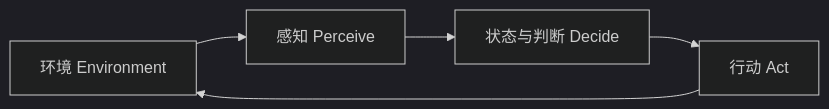
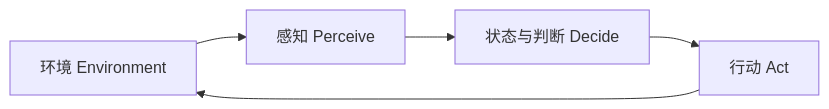
The diagram in _posts/zh-CN/2026-08-14-agent-architecture-map.md (HaloXie/HaloXie.github.io), drawn with Mermaid before and after one commit. The commit also changed other lines of this file and 164 other files, not shown here.

````diff
--- a/_posts/zh-CN/2026-08-14-agent-architecture-map.md
+++ b/_posts/zh-CN/2026-08-14-agent-architecture-map.md
@@ -69,8 +67,7 @@
 ```mermaid
-%%{init: {"theme": "dark"}}%%
 flowchart LR
   E["环境 Environment"] --> P["感知 Perceive"]
   P --> D["状态与判断 Decide"]
   D --> A["行动 Act"]
   A --> E
 ```
````
